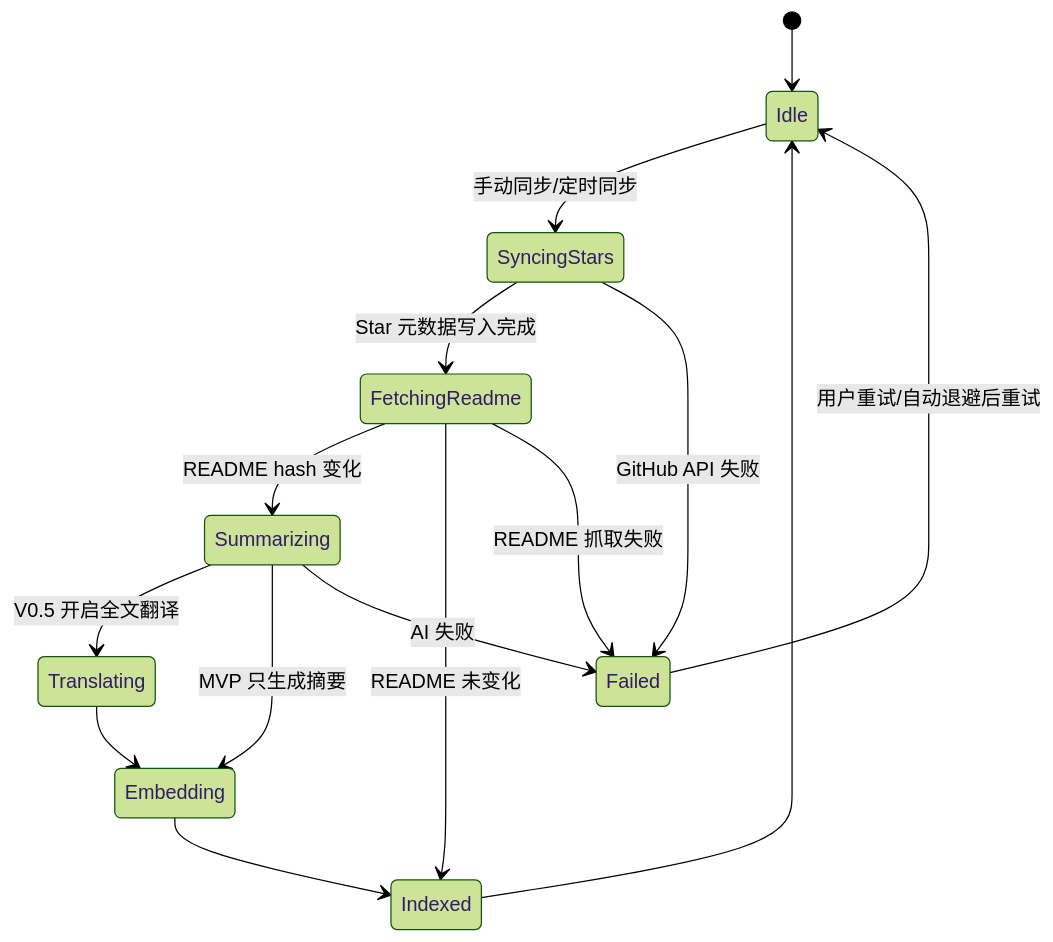
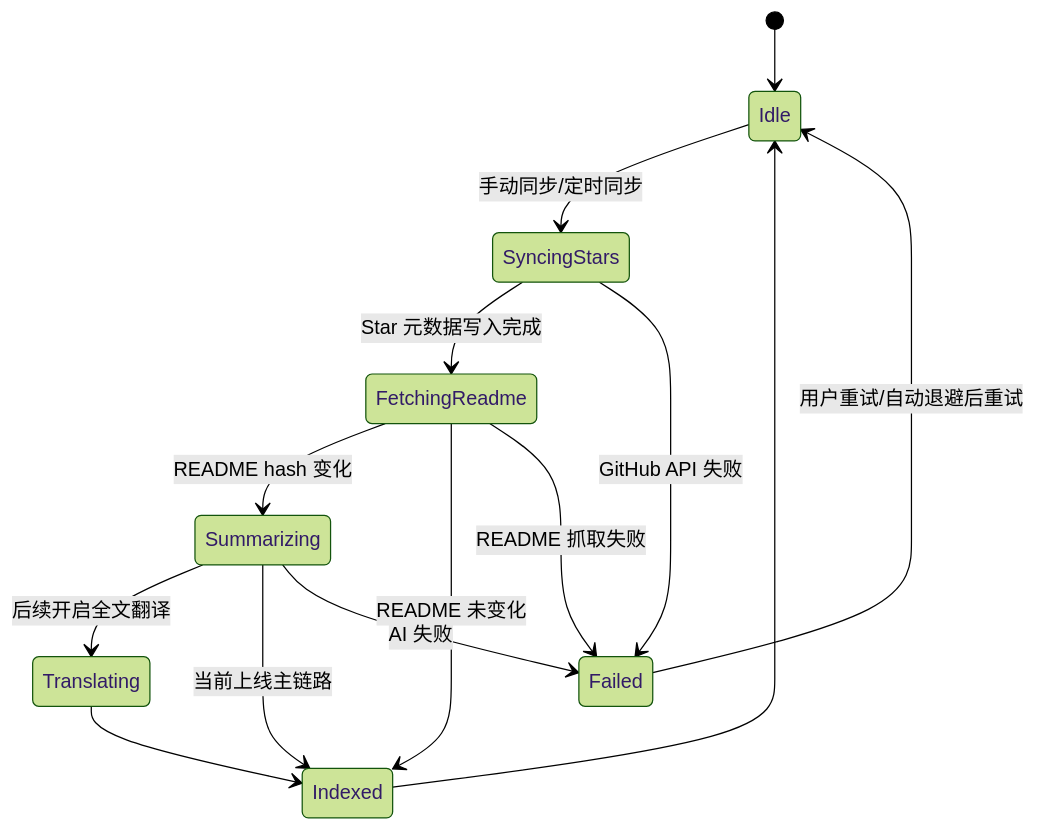
One commit to daxiaJonny/GitHub-Stars-AI-Tools changed the second of 2 diagrams in docs/plan/architecture-spec.md. Above: the diagram before and after it, drawn with Mermaid (forest theme). The commit also changed other lines of this file and 2 other files, not shown here.

````diff
--- a/docs/plan/architecture-spec.md
+++ b/docs/plan/architecture-spec.md
@@ -142,17 +142,16 @@
 ```mermaid
 stateDiagram-v2
   [*] --> Idle
   Idle --> SyncingStars: 手动同步/定时同步
   SyncingStars --> FetchingReadme: Star 元数据写入完成
   FetchingReadme --> Summarizing: README hash 变化
   FetchingReadme --> Indexed: README 未变化
-  Summarizing --> Translating: V0.5 开启全文翻译
-  Summarizing --> Embedding: MVP 只生成摘要
-  Translating --> Embedding
-  Embedding --> Indexed
+  Summarizing --> Translating: 后续开启全文翻译
+  Summarizing --> Indexed: 当前上线主链路
+  Translating --> Indexed
   SyncingStars --> Failed: GitHub API 失败
   FetchingReadme --> Failed: README 抓取失败
   Summarizing --> Failed: AI 失败
   Failed --> Idle: 用户重试/自动退避后重试
   Indexed --> Idle
 ```
````
